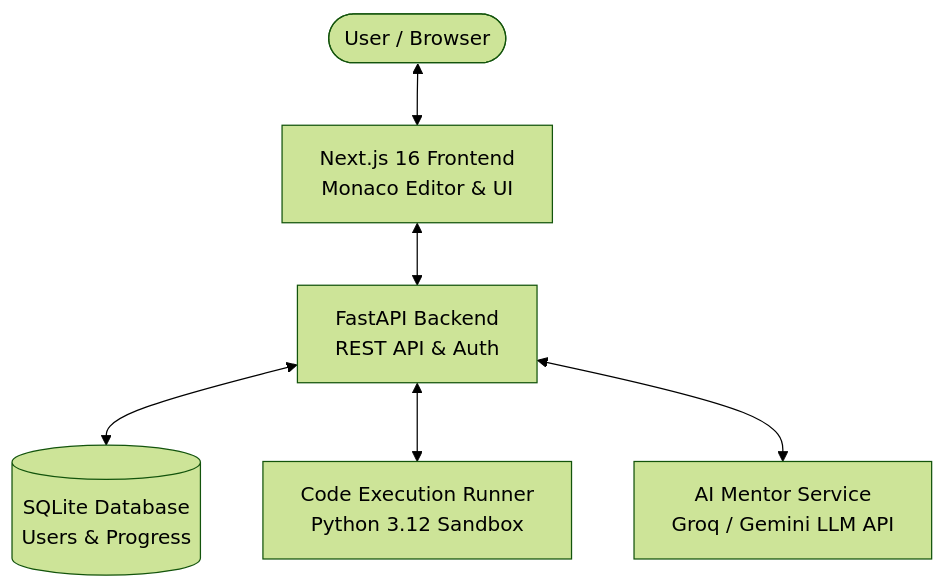
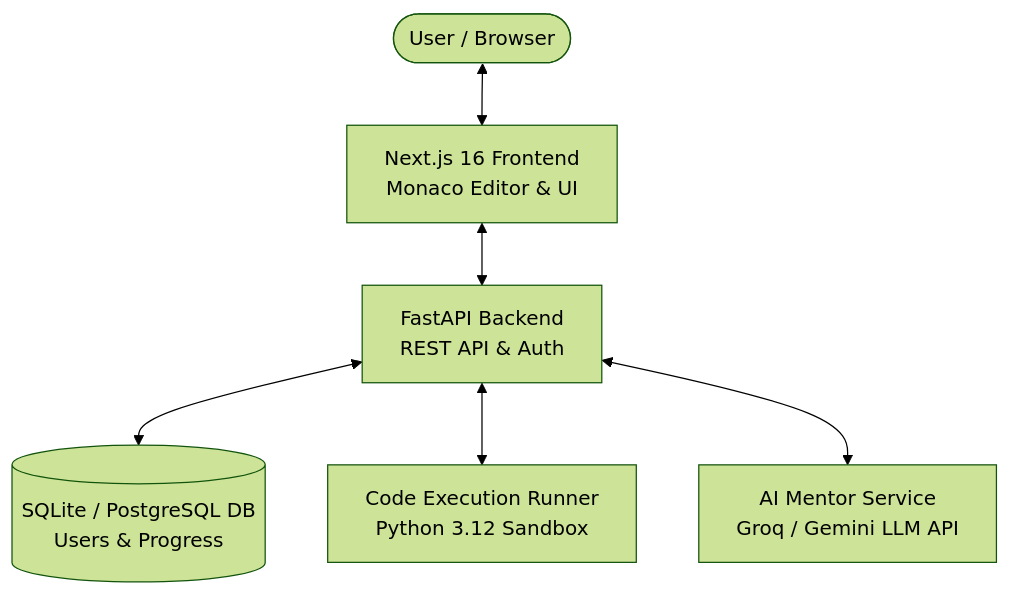
One commit to Spidey173/Python changed the first of 2 diagrams in README.md. Above: the diagram before and after it, drawn with Mermaid (forest theme). The commit also changed other lines of this file, not shown here.

````diff
--- a/README.md
+++ b/README.md
@@ -36,8 +41,8 @@
 ```mermaid
 flowchart TD
     User([User / Browser]) <--> Frontend[Next.js 16 Frontend\nMonaco Editor & UI]
     Frontend <--> API[FastAPI Backend\nREST API & Auth]
-    API <--> DB[(SQLite Database\nUsers & Progress)]
+    API <--> DB[(SQLite / PostgreSQL DB\nUsers & Progress)]
     API <--> Runner[Code Execution Runner\nPython 3.12 Sandbox]
     API <--> AI[AI Mentor Service\nGroq / Gemini LLM API]
 ```
````
